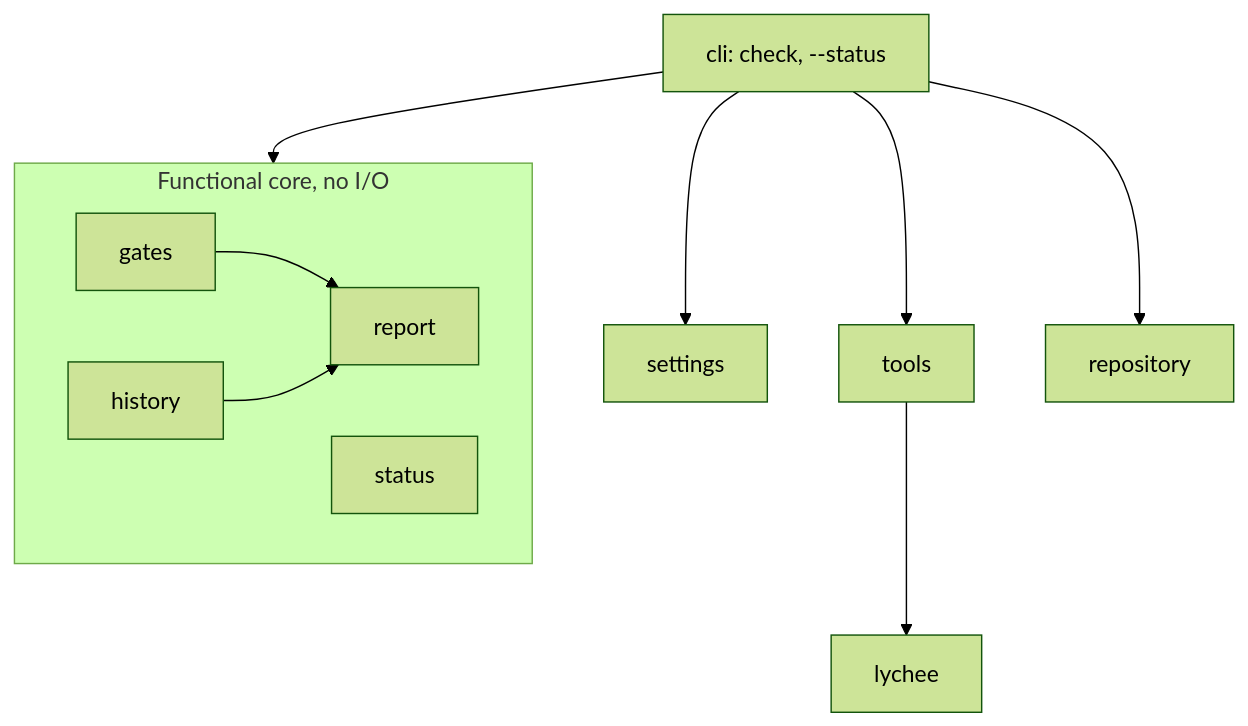
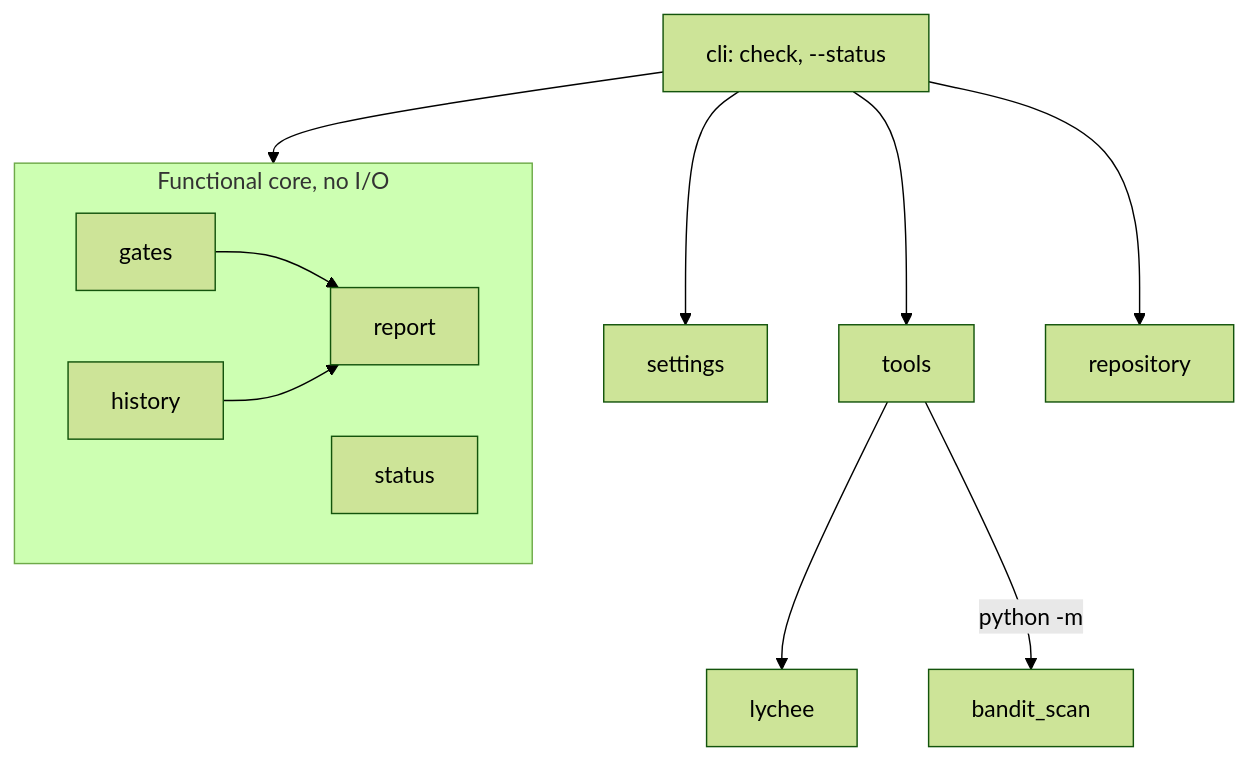
One commit to csileo/qualitycheck changed the second of 2 diagrams in docs/architecture.md. Above: the diagram before and after it, drawn with Mermaid (forest theme). The commit also changed other lines of this file and 6 other files, not shown here.

First line of the commit message:
perf: scan once with bandit, writing its JSON and bandit.html together

````diff
--- a/docs/architecture.md
+++ b/docs/architecture.md
@@ -18,13 +18,14 @@
 ```mermaid
 flowchart TB
     cli[cli: check, --status] --> settings
     cli --> tools
     cli --> repository
     cli --> core
     subgraph core[Functional core, no I/O]
         gates --> report
         history --> report
         status
     end
     tools --> lychee
+    tools -->|python -m| bandit_scan
 ```
````
